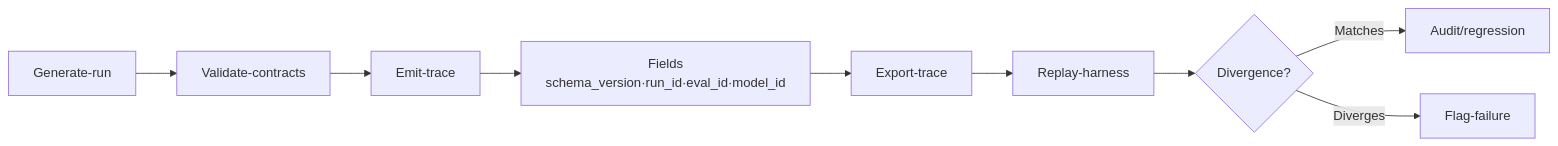
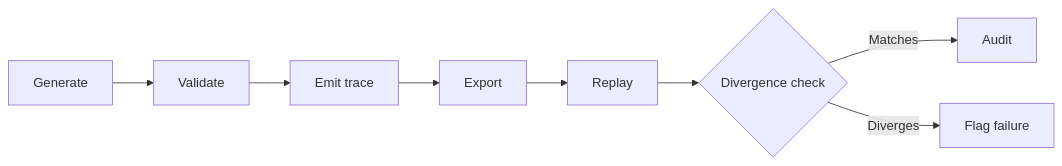
The second of 2 diagrams in book/chapters/99-future-directions.md (rmax-ai/ai-first-software-engineering-book), drawn with Mermaid before and after one commit. The commit also changed other lines of this file and 35 other files, not shown here.

Commit message:
Regenerate future directions mermaid diagrams

````diff
--- a/book/chapters/99-future-directions.md
+++ b/book/chapters/99-future-directions.md
@@ -119,20 +122,19 @@
-```mermaid
+<pre class="mermaid">
 flowchart LR
-A["Generate-run"]
-B["Validate-contracts"]
-C["Emit-trace"]
-C1["Fields<br/>schema_version·run_id·eval_id·model_id"]
-D["Export-trace"]
-E["Replay-harness"]
-F{"Divergence?"}
-G["Audit/regression"]
-H["Flag-failure"]
-A-->B
-B-->C
-C-->C1
-C1-->D
-D-->E
-E-->F
-F-->|Matches|G
-F-->|Diverges|H
-```
+  A["Generate"]
+  B["Validate"]
+  C["Emit trace"]
+  D["Export"]
+  E["Replay"]
+  F{"Divergence check"}
+  G["Audit"]
+  H["Flag failure"]
+
+  A --> B
+  B --> C
+  C --> D
+  D --> E
+  E --> F
+  F -->|Matches| G
+  F -->|Diverges| H
+</pre>
````
